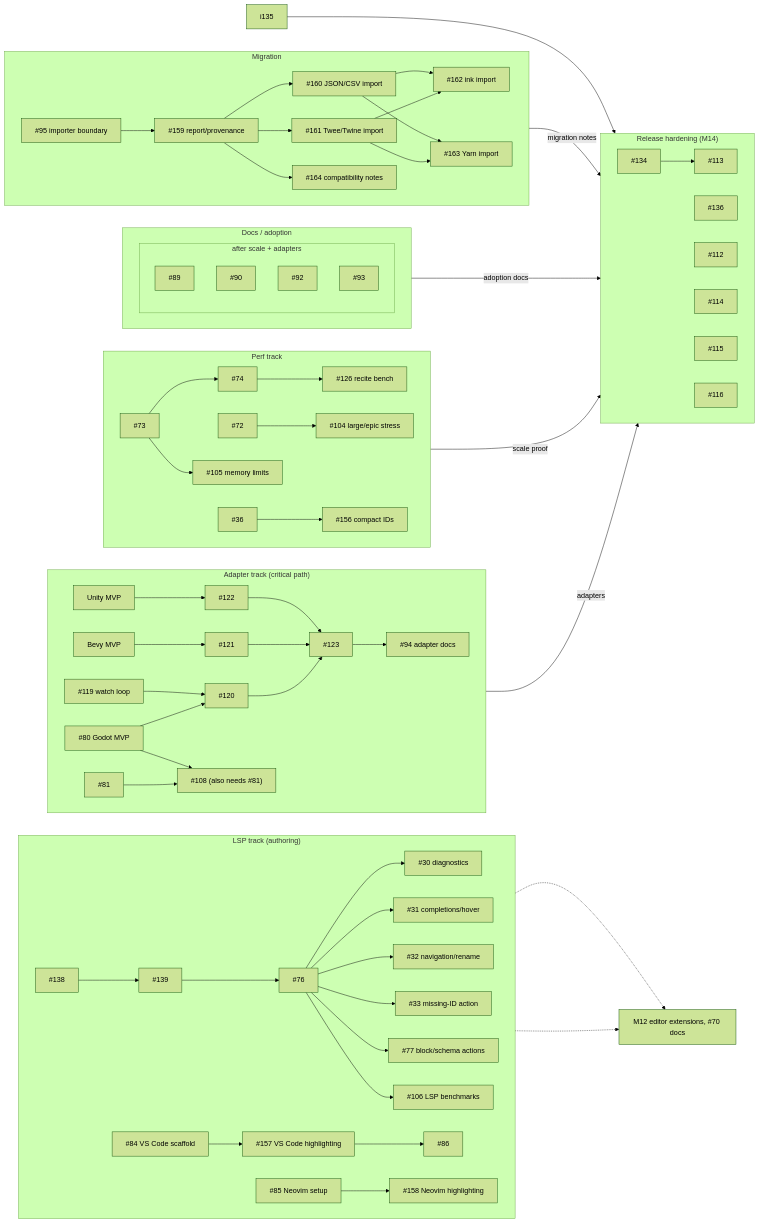
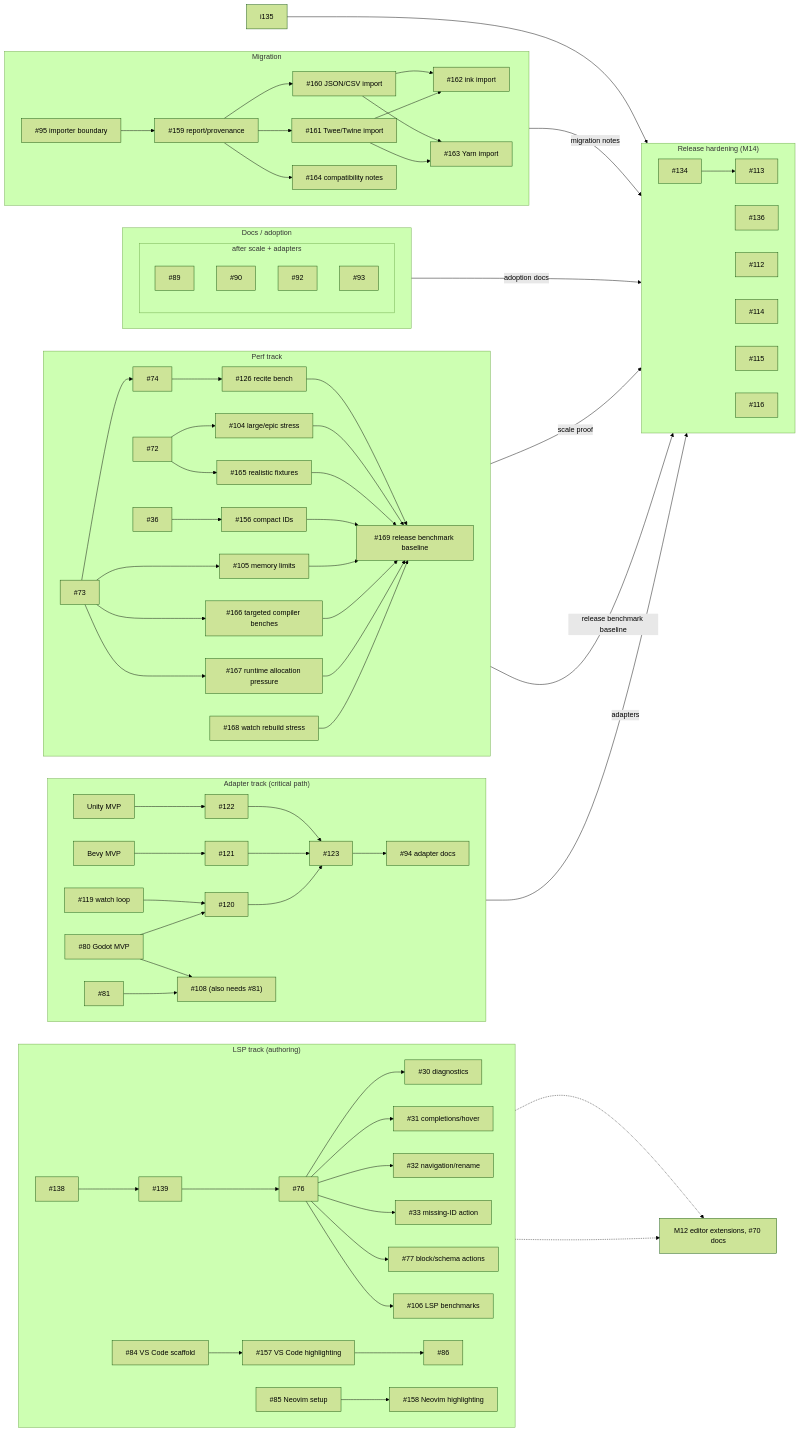
Before and after one commit to plethu/recite: the diagram in docs/roadmap.md, drawn with Mermaid (forest theme). The commit also changed other lines of this file, not shown here.

Commit message:
docs: track additional performance follow-ups

````diff
--- a/docs/roadmap.md
+++ b/docs/roadmap.md
@@ -88,6 +92,18 @@
     i72["#72"] --> i104["#104 large/epic stress"]
     i73 --> i105["#105 memory limits"]
     i36["#36"] --> i156["#156 compact IDs"]
+    i72 --> i165["#165 realistic fixtures"]
+    i73 --> i166["#166 targeted compiler benches"]
+    i73 --> i167["#167 runtime allocation pressure"]
+    i168["#168 watch rebuild stress"]
+    i104 --> i169["#169 release benchmark baseline"]
+    i105 --> i169
+    i126 --> i169
+    i156 --> i169
+    i165 --> i169
+    i166 --> i169
+    i167 --> i169
+    i168 --> i169
   end
 
   subgraph DOCS["Docs / adoption"]
@@ -129,6 +145,7 @@
   i135 --> i112
   i94 -- adapters --> REL
   i74 -- scale proof --> REL
+  i169 -- release benchmark baseline --> REL
   i164 -- migration notes --> REL
   DLATER -- adoption docs --> REL
 ```
````
